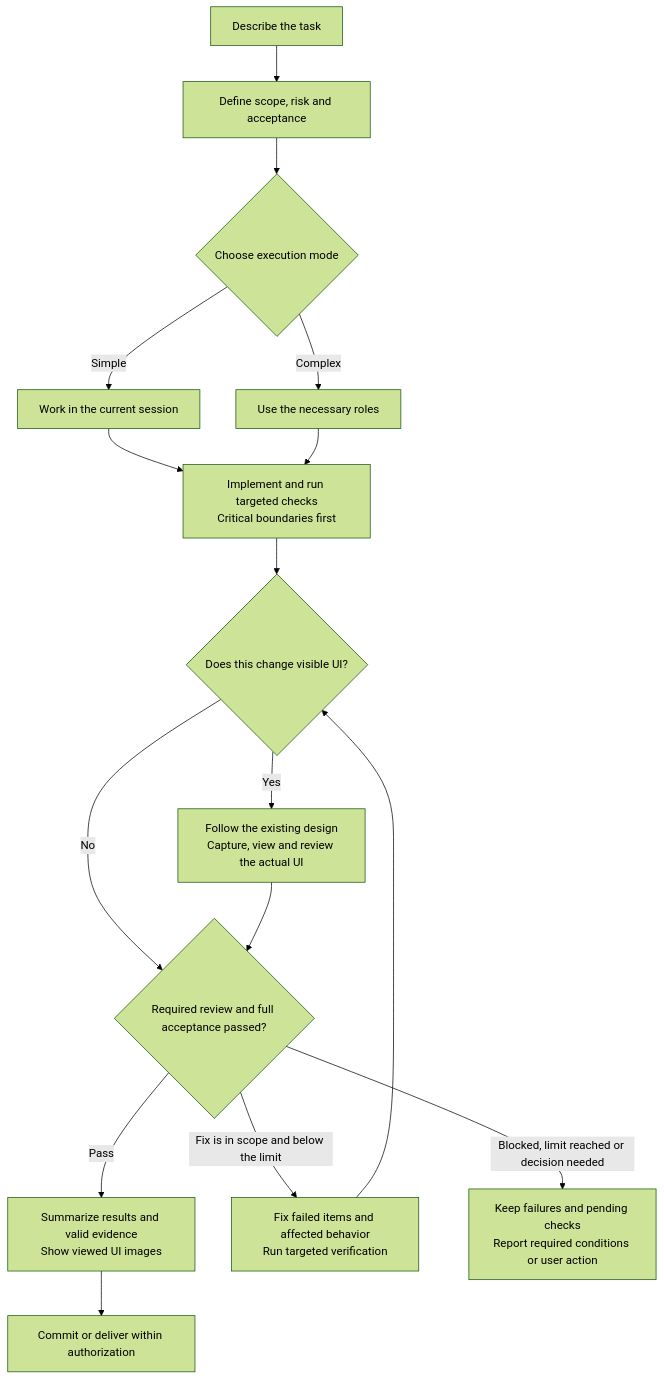
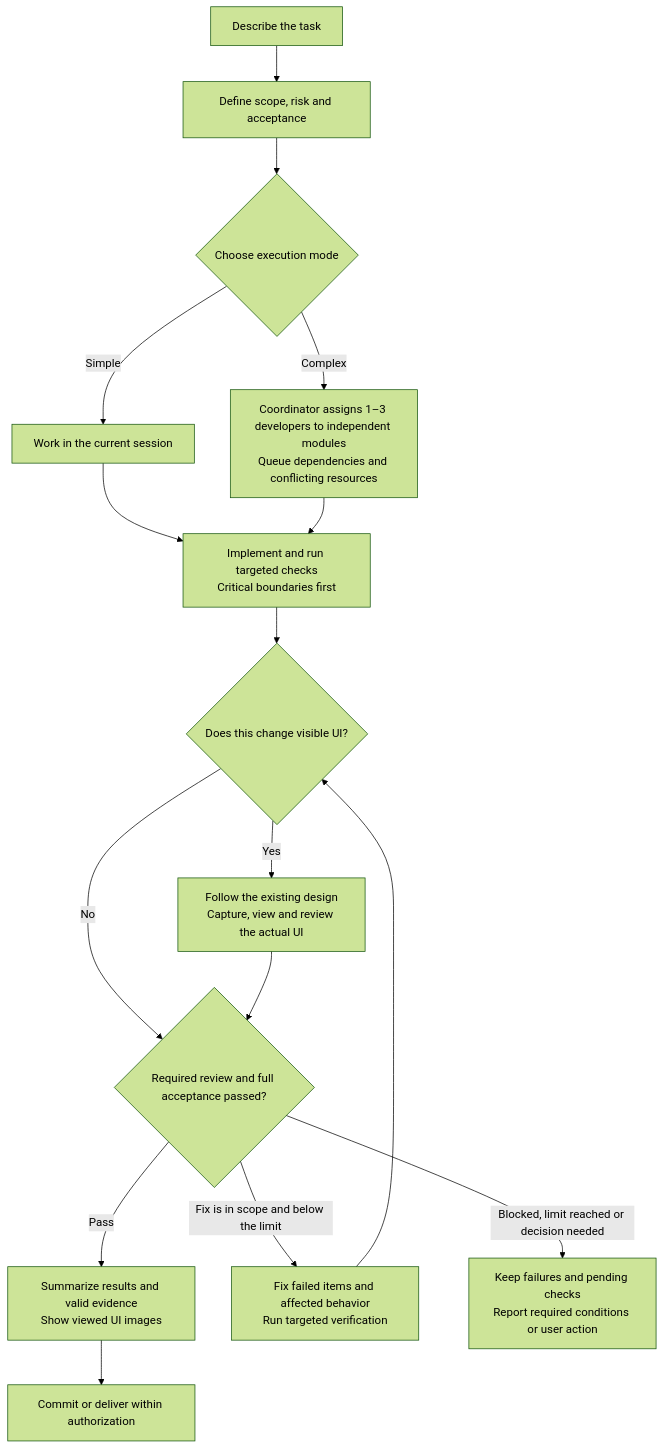
The first of 2 diagrams in docs/README.en.md (wzm111/pipeline-standard), drawn with Mermaid (forest theme) before and after one commit. The commit also changed other lines of this file and 6 other files, not shown here.

````diff
--- a/docs/README.en.md
+++ b/docs/README.en.md
@@ -63,18 +63,18 @@
 ```mermaid
 flowchart TD
     A["Describe the task"] --> B["Define scope, risk and acceptance"]
     B --> I{"Choose execution mode"}
     I -->|Simple| J["Work in the current session"]
-    I -->|Complex| K["Use the necessary roles"]
+    I -->|Complex| K["Coordinator assigns 1–3 developers to independent modules<br/>Queue dependencies and conflicting resources"]
     J --> C["Implement and run targeted checks<br/>Critical boundaries first"]
     K --> C
     C --> U{"Does this change visible UI?"}
     U -->|Yes| V["Follow the existing design<br/>Capture, view and review the actual UI"]
     U -->|No| D{"Required review and full acceptance passed?"}
     V --> D
     D -->|Pass| E["Summarize results and valid evidence<br/>Show viewed UI images"]
     D -->|Fix is in scope and below the limit| G["Fix failed items and affected behavior<br/>Run targeted verification"]
     G --> U
     D -->|Blocked, limit reached or decision needed| H["Keep failures and pending checks<br/>Report required conditions or user action"]
     E --> F["Commit or deliver within authorization"]
 ```
````
